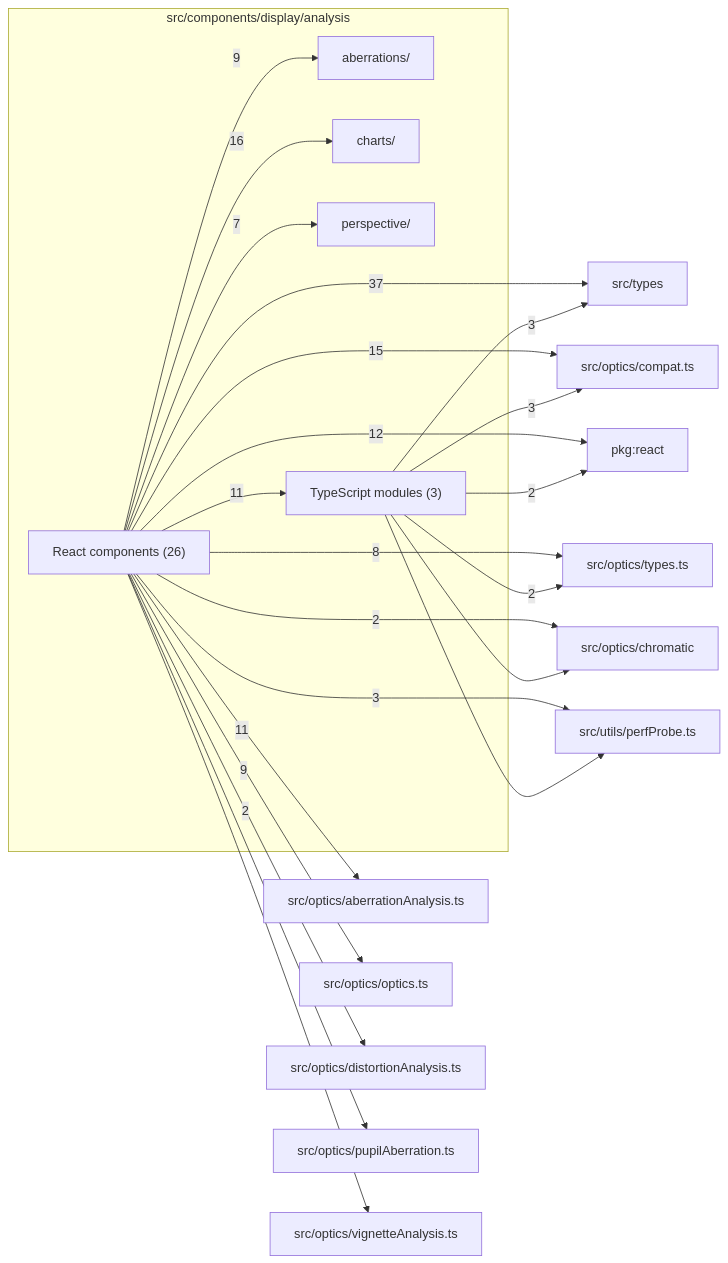
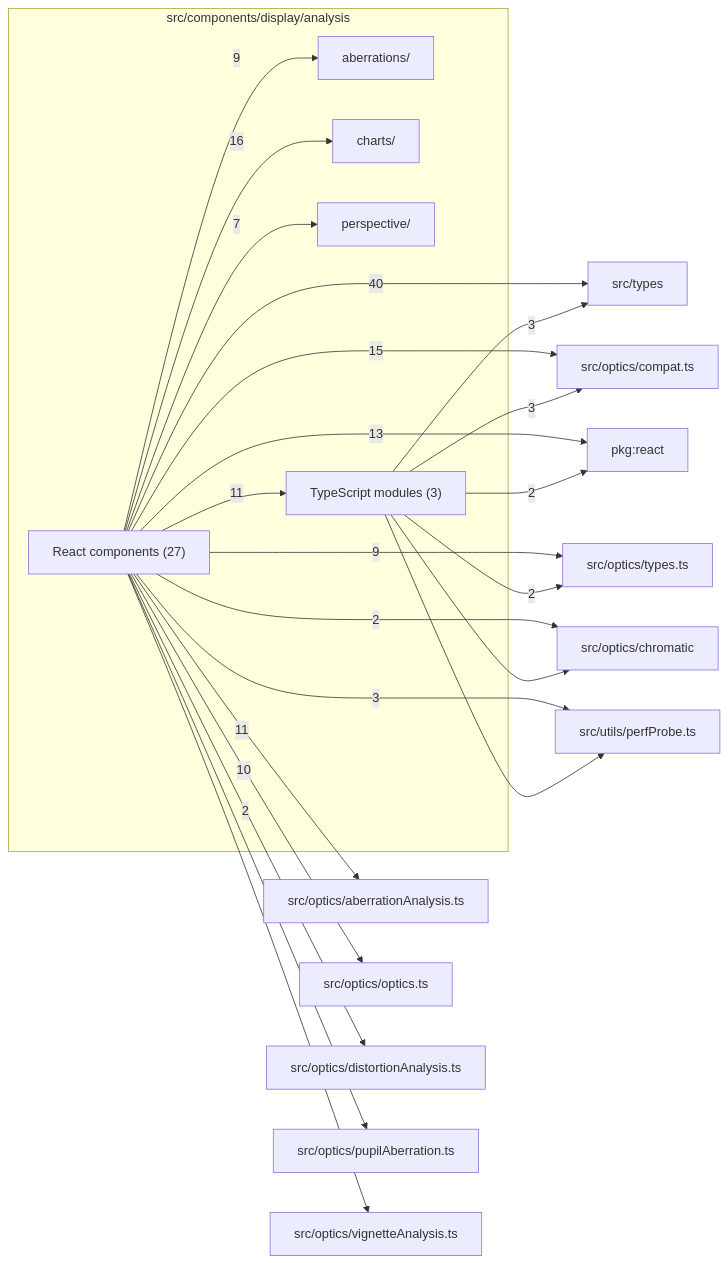
Before and after one commit to ronbuening/LensVisualizer: the diagram in src/components/display/analysis/readme.md, drawn with Mermaid. The commit also changed other lines of this file and 22 other files, not shown here.

Commit message:
feat(optics): add convergence-checked spectral PSF and MTF analysis

````diff
--- a/src/components/display/analysis/readme.md
+++ b/src/components/display/analysis/readme.md
@@ -9,42 +9,42 @@
 ```mermaid
 flowchart LR
   subgraph n_src_components_display_analysis["src/components/display/analysis"]
     n_src_components_display_analysis_src_components_display_analysis_aberrations["aberrations/"]
     n_src_components_display_analysis_src_components_display_analysis_charts["charts/"]
     n_src_components_display_analysis_src_components_display_analysis_perspective["perspective/"]
-    n_src_components_display_analysis_React_components["React components (26)"]
+    n_src_components_display_analysis_React_components["React components (27)"]
     n_src_components_display_analysis_TypeScript_modules["TypeScript modules (3)"]
   end
   n_external_src_types["src/types"]
   n_external_src_optics_compat_ts["src/optics/compat.ts"]
   n_external_pkg_react["pkg:react"]
   n_external_src_optics_aberrationAnalysis_ts["src/optics/aberrationAnalysis.ts"]
   n_external_src_optics_optics_ts["src/optics/optics.ts"]
   n_external_src_optics_types_ts["src/optics/types.ts"]
   n_external_src_utils_perfProbe_ts["src/utils/perfProbe.ts"]
   n_external_src_optics_chromatic["src/optics/chromatic"]
   n_external_src_optics_distortionAnalysis_ts["src/optics/distortionAnalysis.ts"]
   n_external_src_optics_pupilAberration_ts["src/optics/pupilAberration.ts"]
   n_external_src_optics_vignetteAnalysis_ts["src/optics/vignetteAnalysis.ts"]
-  n_src_components_display_analysis_React_components --> |37| n_external_src_types
+  n_src_components_display_analysis_React_components --> |40| n_external_src_types
   n_src_components_display_analysis_React_components --> |16| n_src_components_display_analysis_src_components_display_analysis_charts
   n_src_components_display_analysis_React_components --> |15| n_external_src_optics_compat_ts
-  n_src_components_display_analysis_React_components --> |12| n_external_pkg_react
+  n_src_components_display_analysis_React_components --> |13| n_external_pkg_react
   n_src_components_display_analysis_React_components --> |11| n_external_src_optics_aberrationAnalysis_ts
   n_src_components_display_analysis_React_components --> |11| n_src_components_display_analysis_TypeScript_modules
-  n_src_components_display_analysis_React_components --> |9| n_external_src_optics_optics_ts
+  n_src_components_display_analysis_React_components --> |10| n_external_src_optics_optics_ts
+  n_src_components_display_analysis_React_components --> |9| n_external_src_optics_types_ts
   n_src_components_display_analysis_React_components --> |9| n_src_components_display_analysis_src_components_display_analysis_aberrations
-  n_src_components_display_analysis_React_components --> |8| n_external_src_optics_types_ts
   n_src_components_display_analysis_React_components --> |7| n_src_components_display_analysis_src_components_display_analysis_perspective
   n_src_components_display_analysis_TypeScript_modules --> |3| n_external_src_optics_compat_ts
   n_src_components_display_analysis_TypeScript_modules --> |3| n_external_src_types
   n_src_components_display_analysis_React_components --> |3| n_external_src_utils_perfProbe_ts
   n_src_components_display_analysis_TypeScript_modules --> |2| n_external_pkg_react
   n_src_components_display_analysis_React_components --> |2| n_external_src_optics_chromatic
   n_src_components_display_analysis_React_components --> |2| n_external_src_optics_distortionAnalysis_ts
   n_src_components_display_analysis_TypeScript_modules --> |2| n_external_src_optics_types_ts
   n_src_components_display_analysis_TypeScript_modules --> n_external_src_optics_chromatic
   n_src_components_display_analysis_React_components --> n_external_src_optics_pupilAberration_ts
   n_src_components_display_analysis_React_components --> n_external_src_optics_vignetteAnalysis_ts
   n_src_components_display_analysis_TypeScript_modules --> n_external_src_utils_perfProbe_ts
 ```
````
